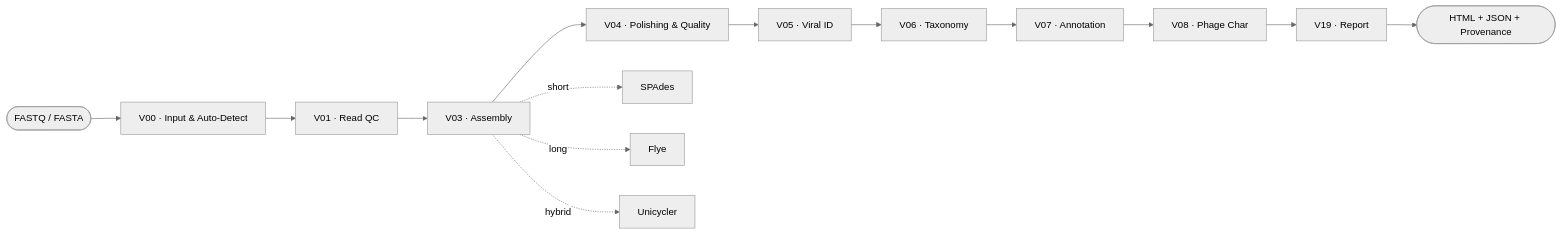
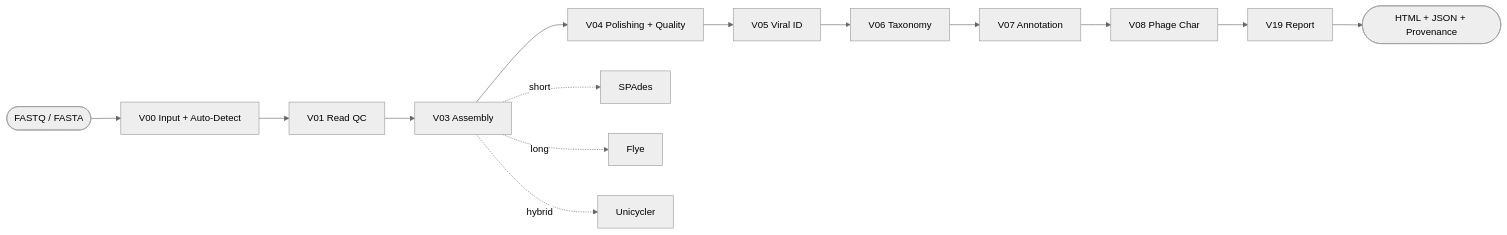
Before and after one commit to aliarslan47/VirusForge: the diagram in README.md, drawn with Mermaid (neutral theme).

Commit message:
docs(readme): mermaid-safe node labels (& -> +) for reliable GitHub rendering

````diff
--- a/README.md
+++ b/README.md
@@ -31,17 +31,17 @@
 ```mermaid
 flowchart LR
-    IN([FASTQ / FASTA]) --> V00[V00 · Input & Auto-Detect]
-    V00 --> V01[V01 · Read QC]
-    V01 --> V03[V03 · Assembly]
-    V03 --> V04[V04 · Polishing & Quality]
-    V04 --> V05[V05 · Viral ID]
-    V05 --> V06[V06 · Taxonomy]
-    V06 --> V07[V07 · Annotation]
-    V07 --> V08[V08 · Phage Char]
-    V08 --> V19[V19 · Report]
+    IN([FASTQ / FASTA]) --> V00[V00 Input + Auto-Detect]
+    V00 --> V01[V01 Read QC]
+    V01 --> V03[V03 Assembly]
+    V03 --> V04[V04 Polishing + Quality]
+    V04 --> V05[V05 Viral ID]
+    V05 --> V06[V06 Taxonomy]
+    V06 --> V07[V07 Annotation]
+    V07 --> V08[V08 Phage Char]
+    V08 --> V19[V19 Report]
     V19 --> OUT([HTML + JSON + Provenance])
 
     V03 -. short .-> SP[SPAdes]
     V03 -. long .-> FL[Flye]
     V03 -. hybrid .-> UC[Unicycler]
 ```
````
